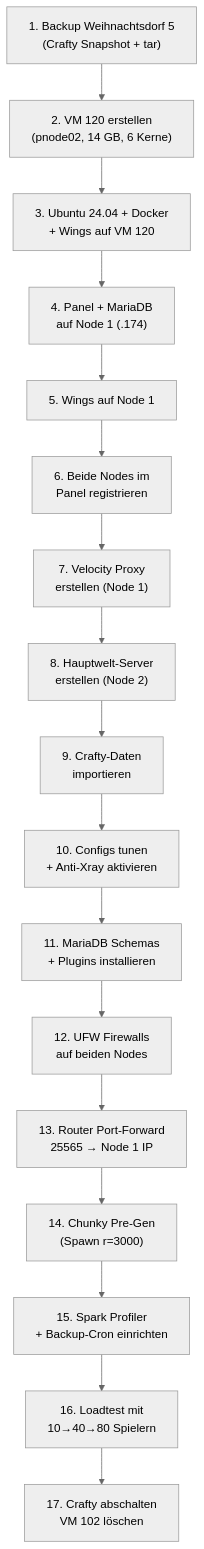
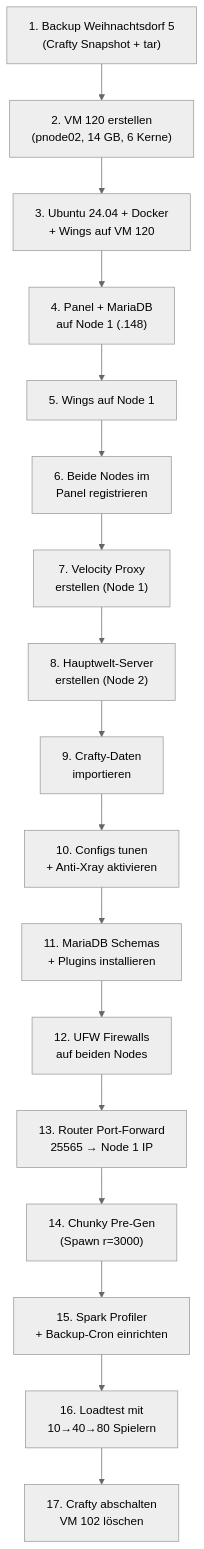
The diagram in docs/minecraft_pterodactyl_migration_plan.md (Tigimax/minecraft-weihnachtsdorf-team), drawn with Mermaid (neutral theme) before and after one commit. The commit also changed other lines of this file and 11 other files, not shown here.

````diff
--- a/docs/minecraft_pterodactyl_migration_plan.md
+++ b/docs/minecraft_pterodactyl_migration_plan.md
@@ -819,19 +826,19 @@
 ```mermaid
 flowchart TD
     A["1. Backup Weihnachtsdorf 5\n(Crafty Snapshot + tar)"] --> B["2. VM 120 erstellen\n(pnode02, 14 GB, 6 Kerne)"]
     B --> C["3. Ubuntu 24.04 + Docker\n+ Wings auf VM 120"]
-    C --> D["4. Panel + MariaDB\nauf Node 1 (.174)"]
+    C --> D["4. Panel + MariaDB\nauf Node 1 (.148)"]
     D --> E["5. Wings auf Node 1"]
     E --> F["6. Beide Nodes im\nPanel registrieren"]
     F --> G["7. Velocity Proxy\nerstellen (Node 1)"]
     G --> H["8. Hauptwelt-Server\nerstellen (Node 2)"]
     H --> I["9. Crafty-Daten\nimportieren"]
     I --> J["10. Configs tunen\n+ Anti-Xray aktivieren"]
     J --> K["11. MariaDB Schemas\n+ Plugins installieren"]
     K --> L["12. UFW Firewalls\nauf beiden Nodes"]
     L --> M["13. Router Port-Forward\n25565 → Node 1 IP"]
     M --> N["14. Chunky Pre-Gen\n(Spawn r=3000)"]
     N --> O["15. Spark Profiler\n+ Backup-Cron einrichten"]
     O --> P["16. Loadtest mit\n10→40→80 Spielern"]
     P --> Q["17. Crafty abschalten\nVM 102 löschen"]
 ```
````
